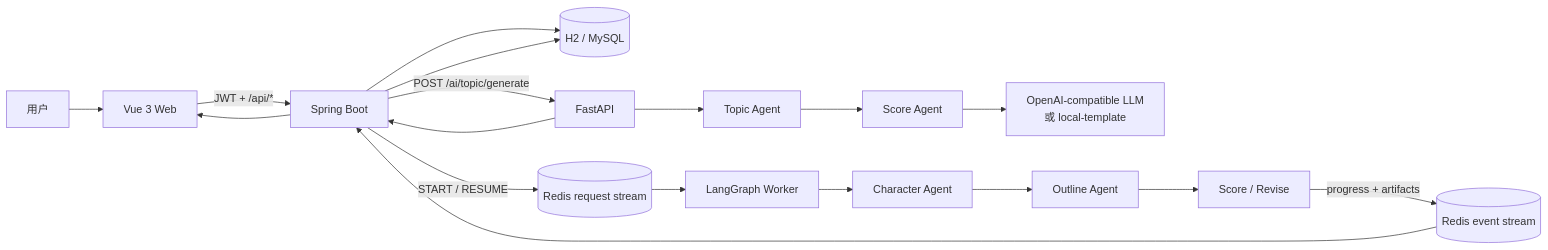
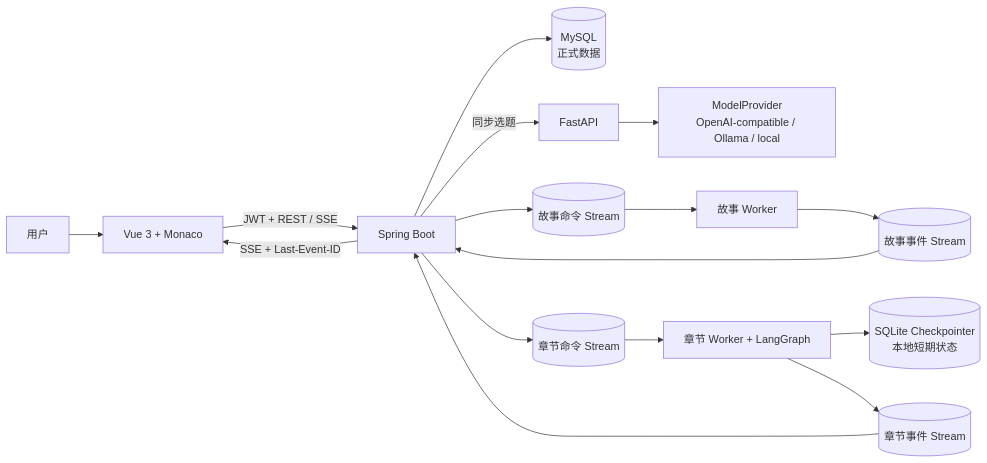
Before and after one commit to Redchar1992/Argus: the first of 3 diagrams in story-forge-ai/docs/architecture.md, drawn with Mermaid. The commit also changed other lines of this file and 137 other files, not shown here.

````diff
--- a/story-forge-ai/docs/architecture.md
+++ b/story-forge-ai/docs/architecture.md
@@ -9,20 +10,18 @@
 ```mermaid
 flowchart LR
-  U["用户"] --> V["Vue 3 Web"]
-  V -->|"JWT + /api/*"| B["Spring Boot"]
-  B --> DB[("H2 / MySQL")]
-  B -->|"POST /ai/topic/generate"| A["FastAPI"]
-  A --> T["Topic Agent"]
-  T --> S["Score Agent"]
-  S --> L["OpenAI-compatible LLM\n或 local-template"]
-  A --> B
-  B --> DB
-  B --> V
-  B -->|"START / RESUME"| RQ[("Redis request stream")]
-  RQ --> W["LangGraph Worker"]
-  W --> C["Character Agent"]
-  C --> O["Outline Agent"]
-  O --> SC["Score / Revise"]
-  SC -->|"progress + artifacts"| RE[("Redis event stream")]
-  RE --> B
+  U["用户"] --> V["Vue 3 + Monaco"]
+  V -->|"JWT + REST / SSE"| B["Spring Boot"]
+  B --> DB[("MySQL\n正式数据")]
+  B -->|"同步选题"| A["FastAPI"]
+  A --> MP["ModelProvider\nOpenAI-compatible / Ollama / local"]
+  B --> SRQ[("故事命令 Stream")]
+  SRQ --> SW["故事 Worker"]
+  SW --> SRE[("故事事件 Stream")]
+  SRE --> B
+  B --> CRQ[("章节命令 Stream")]
+  CRQ --> CW["章节 Worker + LangGraph"]
+  CW --> CP[("SQLite Checkpointer\n本地短期状态")]
+  CW --> CRE[("章节事件 Stream")]
+  CRE --> B
+  B -->|"SSE + Last-Event-ID"| V
 ```
````
